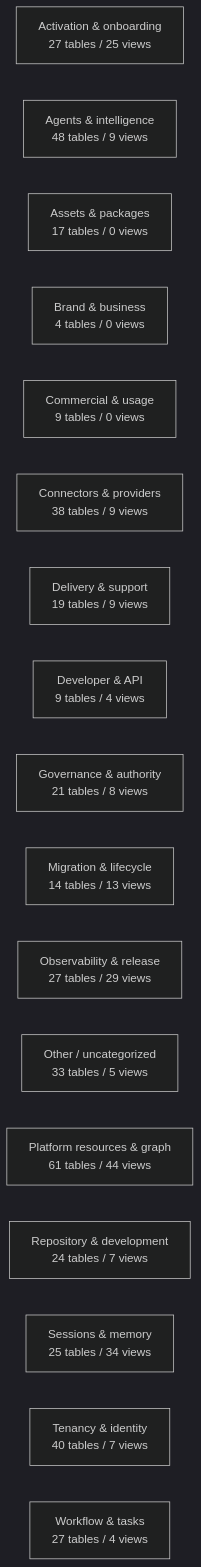
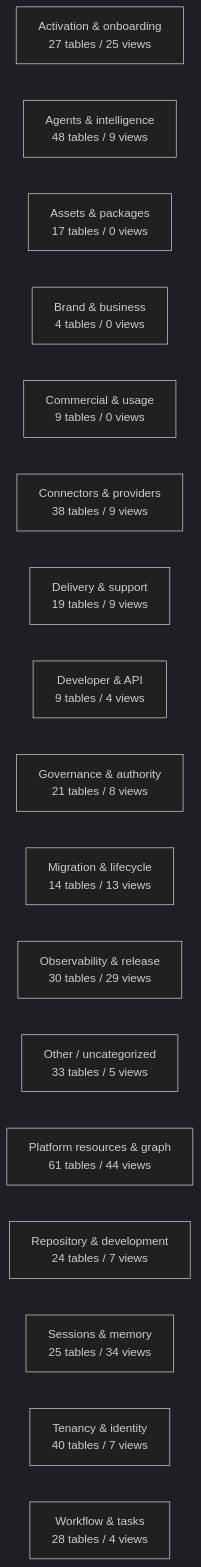
One commit to mad4bdigital-ai/multi-business-multi-role-growth-intelligence-os changed the diagram in docs/work-maps/data-model-domain-map.md. Above: the diagram before and after it, drawn with Mermaid (dark theme). The commit also changed other lines of this file and 5 other files, not shown here.

````diff
--- a/docs/work-maps/data-model-domain-map.md
+++ b/docs/work-maps/data-model-domain-map.md
@@ -9,20 +9,20 @@
 ```mermaid
 flowchart LR
   n_Activation___onboarding["Activation & onboarding<br/>27 tables / 25 views"]
   n_Agents___intelligence["Agents & intelligence<br/>48 tables / 9 views"]
   n_Assets___packages["Assets & packages<br/>17 tables / 0 views"]
   n_Brand___business["Brand & business<br/>4 tables / 0 views"]
   n_Commercial___usage["Commercial & usage<br/>9 tables / 0 views"]
   n_Connectors___providers["Connectors & providers<br/>38 tables / 9 views"]
   n_Delivery___support["Delivery & support<br/>19 tables / 9 views"]
   n_Developer___API["Developer & API<br/>9 tables / 4 views"]
   n_Governance___authority["Governance & authority<br/>21 tables / 8 views"]
   n_Migration___lifecycle["Migration & lifecycle<br/>14 tables / 13 views"]
-  n_Observability___release["Observability & release<br/>27 tables / 29 views"]
+  n_Observability___release["Observability & release<br/>30 tables / 29 views"]
   n_Other___uncategorized["Other / uncategorized<br/>33 tables / 5 views"]
   n_Platform_resources___graph["Platform resources & graph<br/>61 tables / 44 views"]
   n_Repository___development["Repository & development<br/>24 tables / 7 views"]
   n_Sessions___memory["Sessions & memory<br/>25 tables / 34 views"]
   n_Tenancy___identity["Tenancy & identity<br/>40 tables / 7 views"]
-  n_Workflow___tasks["Workflow & tasks<br/>27 tables / 4 views"]
+  n_Workflow___tasks["Workflow & tasks<br/>28 tables / 4 views"]
 ```
````
